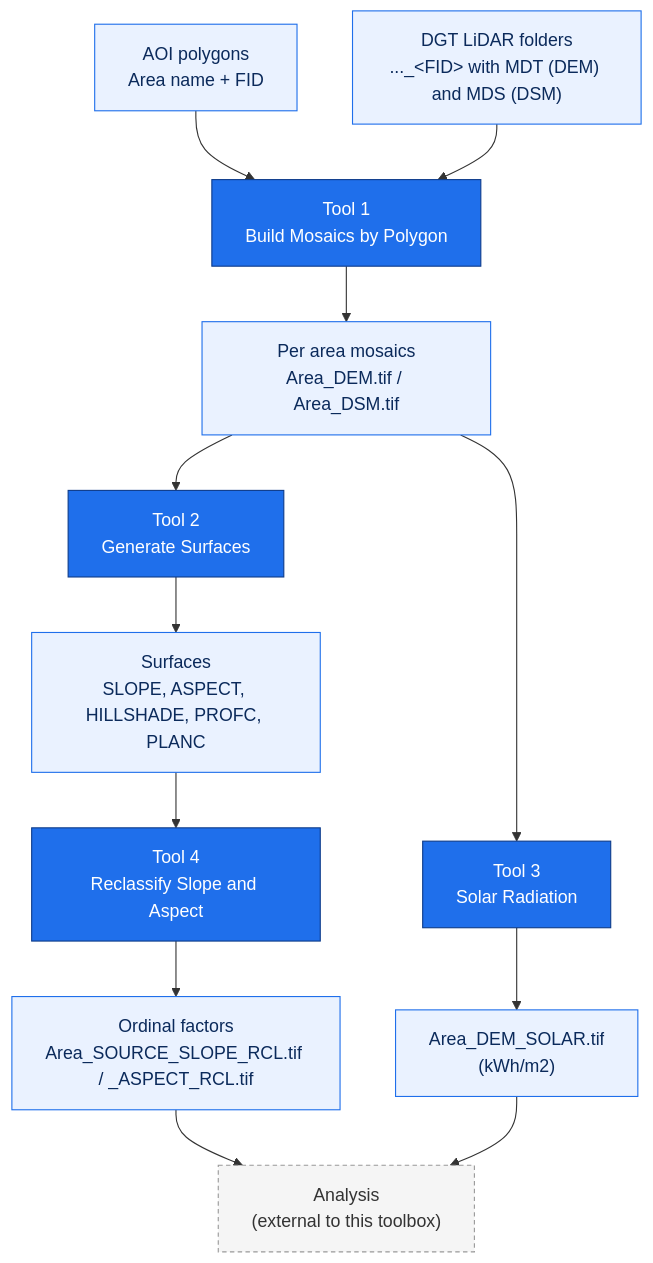
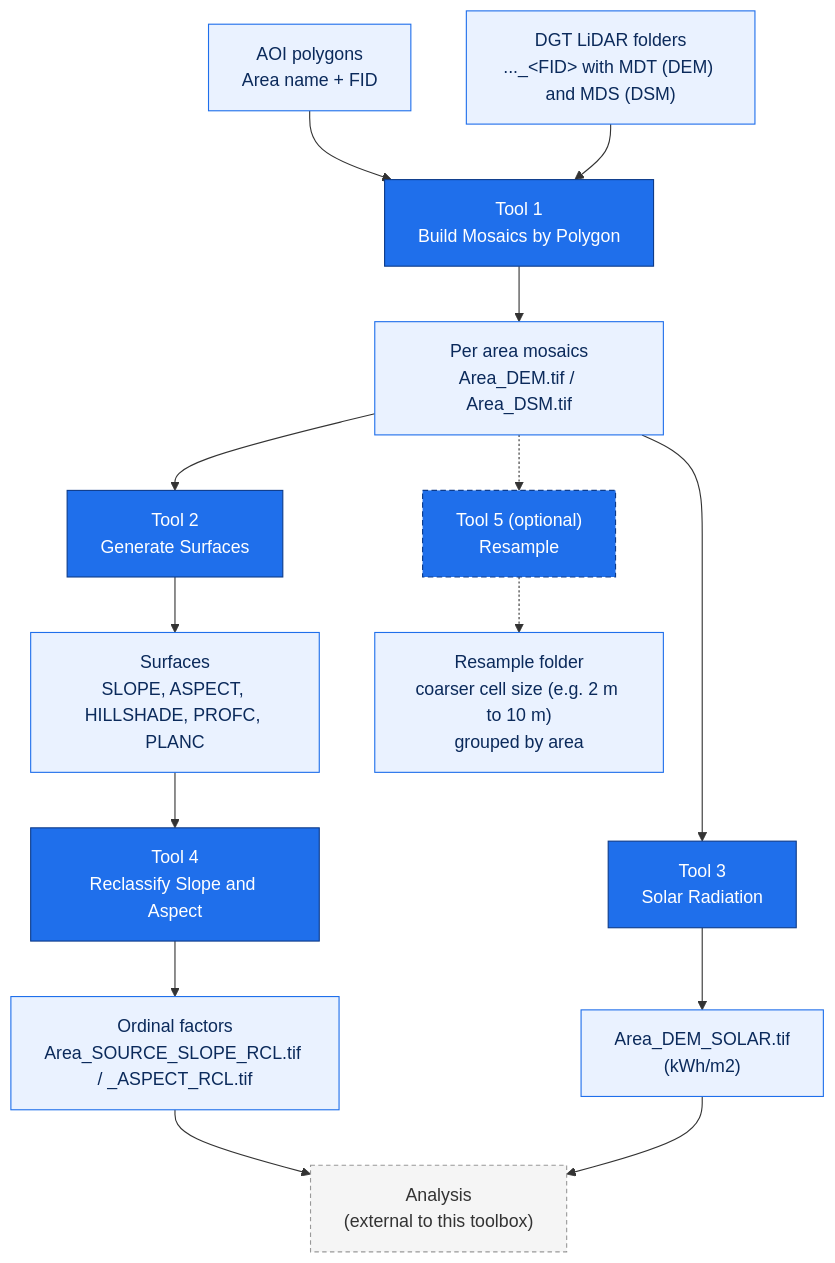
The diagram in README.md (PedroMMGoncalves/lidar-terrain-arcgis-tools), drawn with Mermaid before and after one commit. The commit also changed other lines of this file and 1 other file, not shown here.

````diff
--- a/README.md
+++ b/README.md
@@ -37,24 +38,28 @@
 ```mermaid
 flowchart TD
     AOI["AOI polygons<br/>Area name + FID"]
     LID["DGT LiDAR folders<br/>..._&lt;FID&gt; with MDT (DEM) and MDS (DSM)"]
     AOI --> T1
     LID --> T1
     T1["Tool 1<br/>Build Mosaics by Polygon"]
     T1 --> M["Per area mosaics<br/>Area_DEM.tif / Area_DSM.tif"]
     M --> T2["Tool 2<br/>Generate Surfaces"]
     M --> T3["Tool 3<br/>Solar Radiation"]
+    M -.-> T5["Tool 5 (optional)<br/>Resample"]
     T2 --> S["Surfaces<br/>SLOPE, ASPECT, HILLSHADE, PROFC, PLANC"]
     T3 --> SOL["Area_DEM_SOLAR.tif<br/>(kWh/m2)"]
+    T5 -.-> RS["Resample folder<br/>coarser cell size (e.g. 2 m to 10 m)<br/>grouped by area"]
     S --> T4["Tool 4<br/>Reclassify Slope and Aspect"]
     T4 --> RCL["Ordinal factors<br/>Area_SOURCE_SLOPE_RCL.tif / _ASPECT_RCL.tif"]
     RCL --> EXT["Analysis<br/>(external to this toolbox)"]
     SOL --> EXT
 
     classDef tool fill:#1f6feb,stroke:#0d3b8a,color:#ffffff;
+    classDef opttool fill:#1f6feb,stroke:#0d3b8a,color:#ffffff,stroke-dasharray:5 3;
     classDef data fill:#eaf2ff,stroke:#1f6feb,color:#0b2a5b;
     classDef ext fill:#f5f5f5,stroke:#999999,color:#333333,stroke-dasharray:4 3;
     class T1,T2,T3,T4 tool;
-    class AOI,LID,M,S,SOL,RCL data;
+    class T5 opttool;
+    class AOI,LID,M,S,SOL,RCL,RS data;
     class EXT ext;
 ```
````
